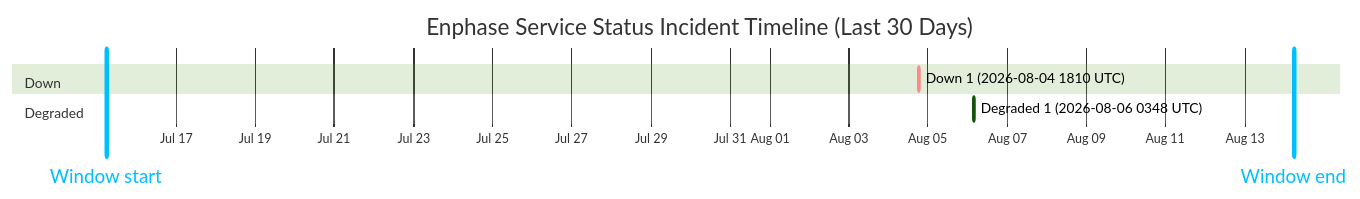
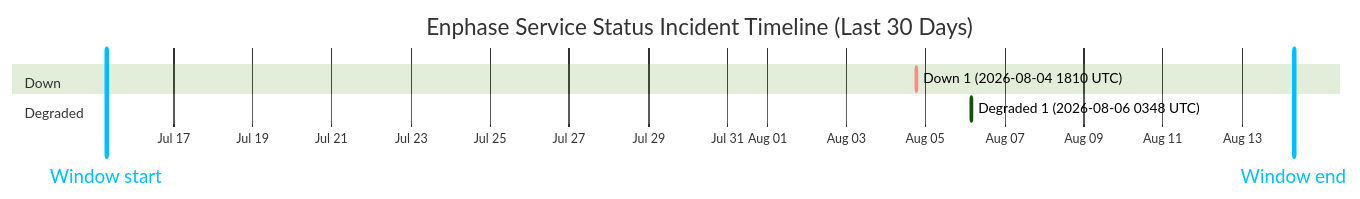
One commit to barneyonline/ha-enphase-energy changed the diagram in wiki/Service-Status-History.md. Above: the diagram before and after it, drawn with Mermaid (forest theme). The commit also changed other lines of this file and 3 other files, not shown here.

````diff
--- a/wiki/Service-Status-History.md
+++ b/wiki/Service-Status-History.md
@@ -14,12 +14,12 @@
 ```mermaid
 gantt
     title Enphase Service Status Incident Timeline (Last 30 Days)
     dateFormat  YYYY-MM-DDTHH:mm:ss
     axisFormat  %b %d
-    Window start :vert, window-start, 2026-07-15T05:54:40, 0ms
-    Window end :vert, window-end, 2026-08-14T05:54:40, 0ms
+    Window start :vert, window-start, 2026-07-15T07:21:34, 0ms
+    Window end :vert, window-end, 2026-08-14T07:21:34, 0ms
     section Down
     Down 1 (2026-08-04 1810 UTC) :crit, down-1, 2026-08-04T18:10:46, 60m
     section Degraded
     Degraded 1 (2026-08-06 0348 UTC) :active, degraded-1, 2026-08-06T03:48:14, 60m
 ```
````
